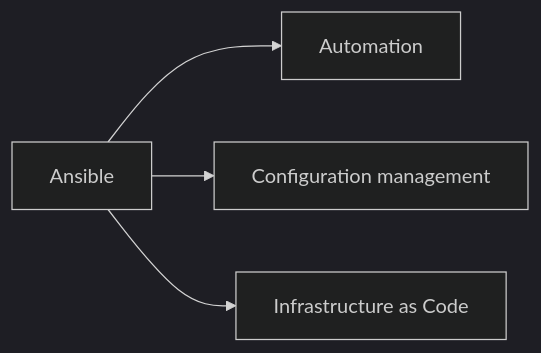
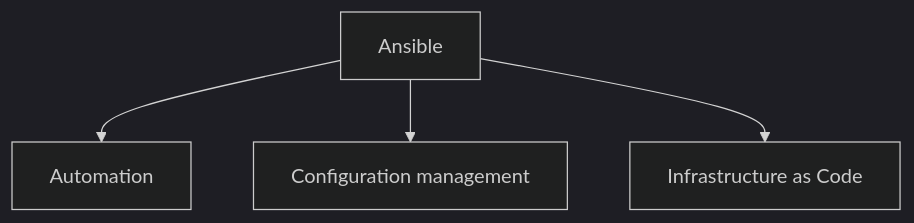
The second of 44 diagrams in docs/glossaire/administration-systeme.md (zyrass/omnydocs), drawn with Mermaid (dark theme) before and after one commit. The commit also changed other lines of this file and 1780 other files, not shown here.

````diff
--- a/docs/glossaire/administration-systeme.md
+++ b/docs/glossaire/administration-systeme.md
@@ -45,6 +55,6 @@
-    ```mermaid
-    graph LR
-        A[Ansible] --> B[Automation]
-        A --> C[Configuration management]
-        A --> D[Infrastructure as Code]
-    ```
+```mermaid
+graph TB
+    A[Ansible] --> B[Automation]
+    A --> C[Configuration management]
+    A --> D[Infrastructure as Code]
+```
````
